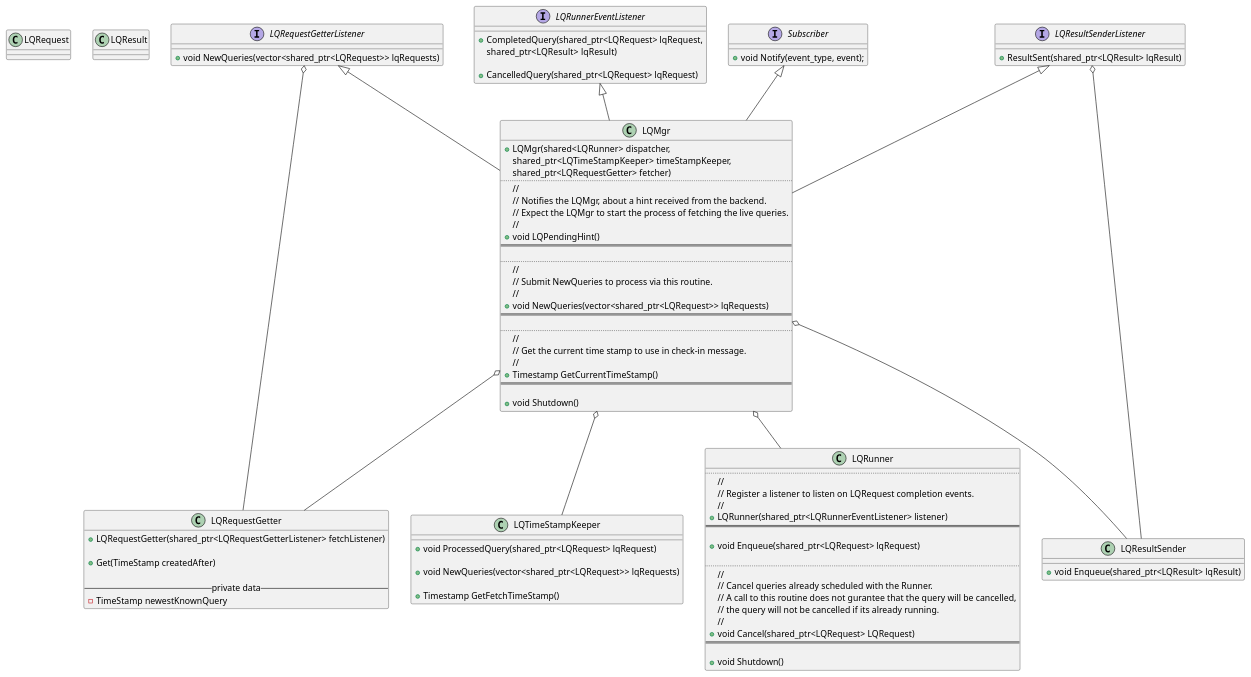
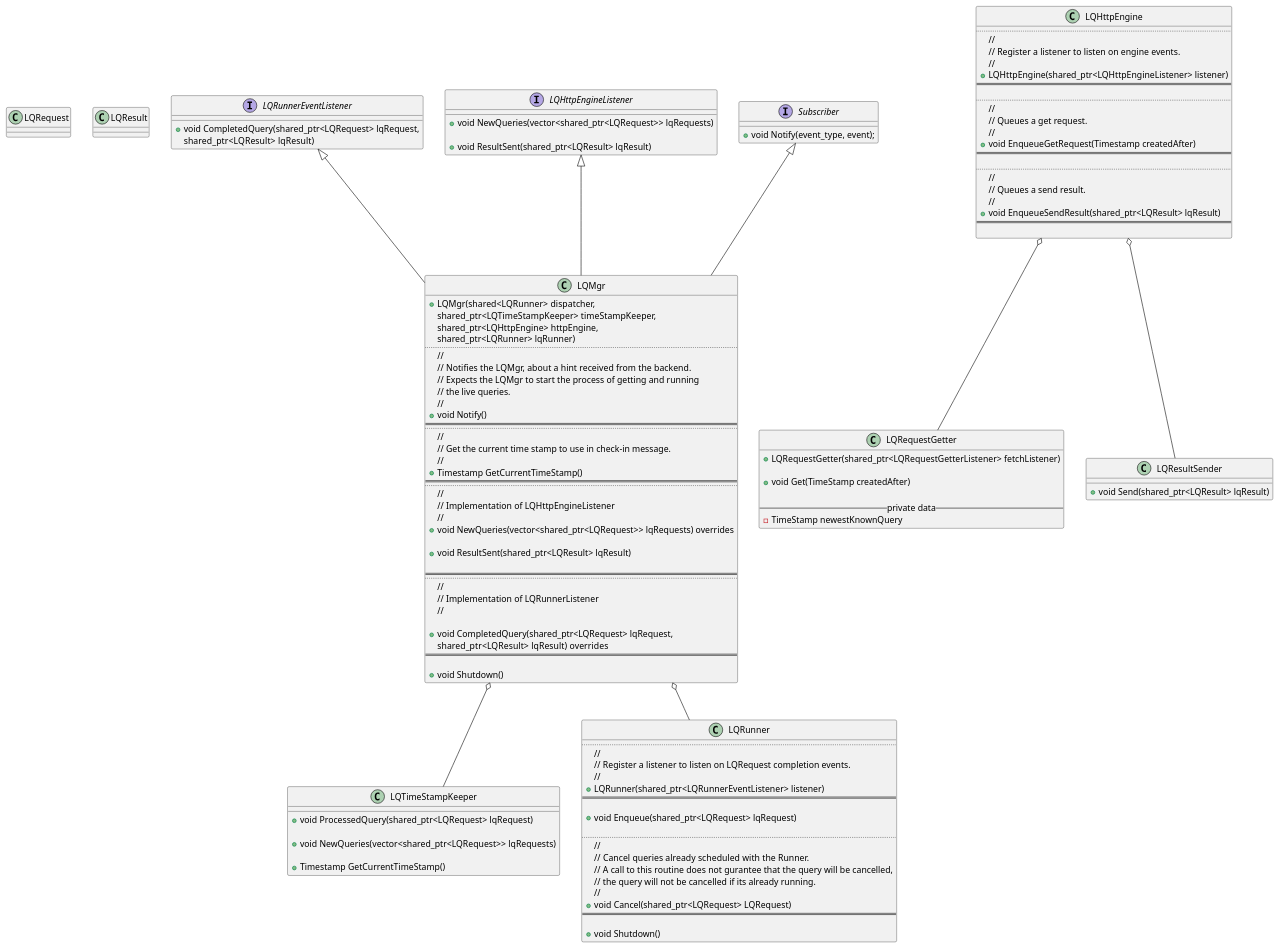
The diagram in cd_lq_sensor.puml (nmehta2002/exp), drawn with PlantUML before and after one commit. The commit also changed 1 other file, not shown here.

```diff
--- a/cd_lq_sensor.puml
+++ b/cd_lq_sensor.puml
@@ -1,130 +1,157 @@
 @startuml
-
-
 
 class LQRequest
 {
     
 }
 
 class LQResult
 {
 
 }
 
 class LQMgr
 {
     + LQMgr(shared<LQRunner> dispatcher,
             shared_ptr<LQTimeStampKeeper> timeStampKeeper,
-            shared_ptr<LQRequestGetter> fetcher)
+            shared_ptr<LQHttpEngine> httpEngine,
+            shared_ptr<LQRunner> lqRunner)
     ..
     //
     // Notifies the LQMgr, about a hint received from the backend.
-    // Expect the LQMgr to start the process of fetching the live queries.
+    // Expects the LQMgr to start the process of getting and running
+    // the live queries.
     //
-    +void LQPendingHint()
+    +void Notify()
     ==
-
-    ..
-    //
-    // Submit NewQueries to process via this routine.
-    //
-    +void NewQueries(vector<shared_ptr<LQRequest>> lqRequests)
-    ==
-
     ..
     //
     // Get the current time stamp to use in check-in message.
     //
     +Timestamp GetCurrentTimeStamp()
+    ==
+    ..
+    //
+    // Implementation of LQHttpEngineListener
+    //
+    +void NewQueries(vector<shared_ptr<LQRequest>> lqRequests) overrides
+
+    +void ResultSent(shared_ptr<LQResult> lqResult)
+
+    ==
+    ..
+    //
+    // Implementation of LQRunnerListener
+    //
+
+    +void CompletedQuery(shared_ptr<LQRequest> lqRequest,
+                         shared_ptr<LQResult>  lqResult) overrides
     ==
 
     +void Shutdown()
 }
 
 
 class LQTimeStampKeeper
 {
     +void ProcessedQuery(shared_ptr<LQRequest> lqRequest)
 
     +void NewQueries(vector<shared_ptr<LQRequest>> lqRequests)
 
-    +Timestamp GetFetchTimeStamp()
+    +Timestamp GetCurrentTimeStamp()
 }
 
 interface LQRunnerEventListener
 {
-    +CompletedQuery(shared_ptr<LQRequest> lqRequest,
+    +void CompletedQuery(shared_ptr<LQRequest> lqRequest,
                     shared_ptr<LQResult>  lqResult)
-
-    +CancelledQuery(shared_ptr<LQRequest> lqRequest)
 }
 
-interface LQRequestGetterListener
-{
-    +void NewQueries(vector<shared_ptr<LQRequest>> lqRequests)
-}
 
 class LQRequestGetter
 {
-    + LQRequestGetter(shared_ptr<LQRequestGetterListener> fetchListener)
+    +LQRequestGetter(shared_ptr<LQRequestGetterListener> fetchListener)
 
-    + Get(TimeStamp createdAfter)
+    +void Get(TimeStamp createdAfter)
 
     -- private data --
      - TimeStamp newestKnownQuery
 }
 
 
 class LQRunner
 {
     ..
     //
     // Register a listener to listen on LQRequest completion events.
     //
     +LQRunner(shared_ptr<LQRunnerEventListener> listener)
     ==
 
     +void Enqueue(shared_ptr<LQRequest> lqRequest)
 
     ..
     //
     // Cancel queries already scheduled with the Runner.
     // A call to this routine does not gurantee that the query will be cancelled,
     // the query will not be cancelled if its already running.
     //
     +void Cancel(shared_ptr<LQRequest> LQRequest)
     ==
 
     +void Shutdown()
 }
 
-interface LQResultSenderListener
+interface LQHttpEngineListener
 {
-    +ResultSent(shared_ptr<LQResult> lqResult)
+    +void NewQueries(vector<shared_ptr<LQRequest>> lqRequests)
+
+    +void ResultSent(shared_ptr<LQResult> lqResult)
+}
+
+class LQHttpEngine
+{
+    ..
+    //
+    // Register a listener to listen on engine events.
+    //
+    +LQHttpEngine(shared_ptr<LQHttpEngineListener> listener)
+    ==
+
+    ..
+    //
+    // Queues a get request.
+    //
+    +void EnqueueGetRequest(Timestamp createdAfter)
+    ==
+
+    ..
+    //
+    // Queues a send result.
+    //
+    +void EnqueueSendResult(shared_ptr<LQResult> lqResult)
+    ==
+
 }
 
 class LQResultSender
 {
-    +void Enqueue(shared_ptr<LQResult> lqResult)
+    +void Send(shared_ptr<LQResult> lqResult)
 }
 
 interface Subscriber
 {
     +void Notify(event_type, event);
 }
 
-LQRequestGetterListener <|-- LQMgr
+LQHttpEngineListener <|-- LQMgr
 LQRunnerEventListener <|-- LQMgr
-LQResultSenderListener <|-- LQMgr
 Subscriber <|-- LQMgr
 
 LQMgr o-- LQTimeStampKeeper
 LQMgr o-- LQRunner
-LQMgr o-- LQRequestGetter
-LQMgr o-- LQResultSender
-LQRequestGetterListener o-- LQRequestGetter
-LQResultSenderListener o-- LQResultSender
+LQHttpEngine o-- LQRequestGetter
+LQHttpEngine o-- LQResultSender
 
 
 @enduml
```
